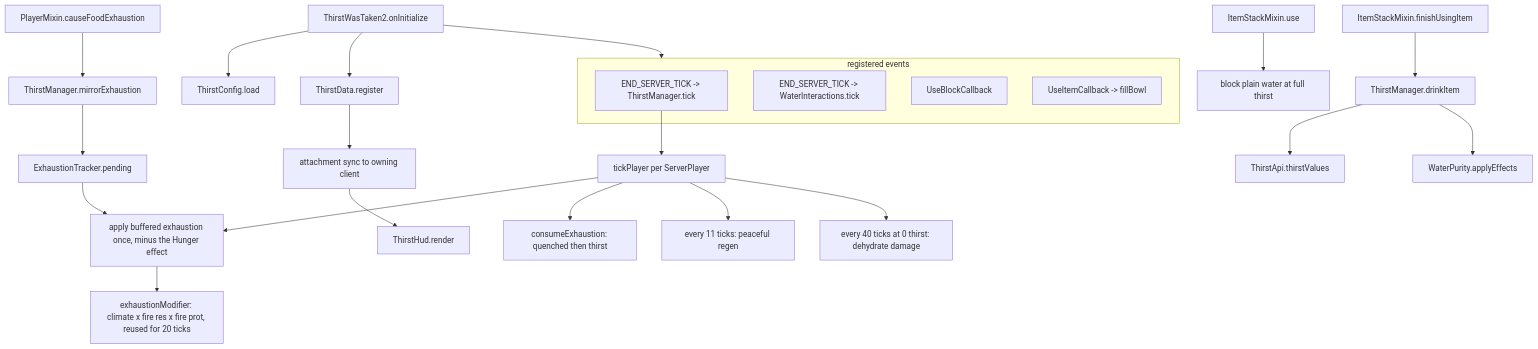
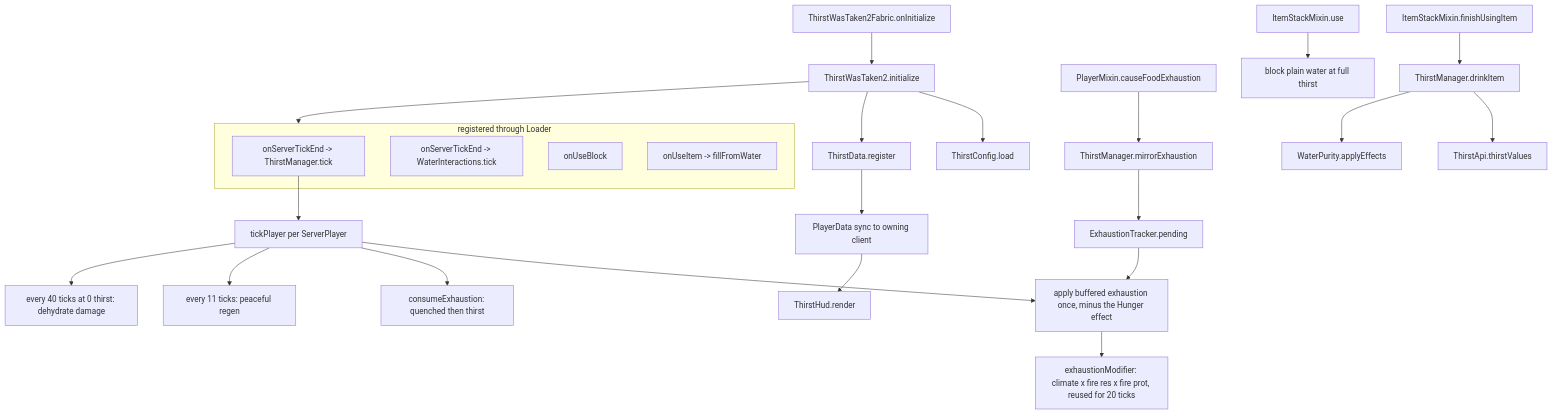
The diagram in AGENTS.md (Nighterezi/ThirstWasTaken2), drawn with Mermaid before and after one commit. The commit also changed other lines of this file and 31 other files, not shown here.

````diff
--- a/AGENTS.md
+++ b/AGENTS.md
@@ -178,32 +185,33 @@
 ```mermaid
 flowchart TD
-    Init[ThirstWasTaken2.onInitialize] --> Cfg[ThirstConfig.load]
+    Entry[ThirstWasTaken2Fabric.onInitialize] --> Init[ThirstWasTaken2.initialize]
+    Init --> Cfg[ThirstConfig.load]
     Init --> Attach[ThirstData.register]
     Init --> Events
 
-    subgraph Events [registered events]
-      Tick[END_SERVER_TICK -> ThirstManager.tick]
-      Flush[END_SERVER_TICK -> WaterInteractions.tick]
-      UseBlock[UseBlockCallback]
-      UseItem[UseItemCallback -> fillBowl]
+    subgraph Events [registered through Loader]
+      Tick[onServerTickEnd -> ThirstManager.tick]
+      Flush[onServerTickEnd -> WaterInteractions.tick]
+      UseBlock[onUseBlock]
+      UseItem[onUseItem -> fillFromWater]
     end
 
     Tick --> TickPlayer[tickPlayer per ServerPlayer]
     TickPlayer --> Apply[apply buffered exhaustion once, minus the Hunger effect]
     TickPlayer --> Consume[consumeExhaustion: quenched then thirst]
     TickPlayer --> Slow[every 11 ticks: peaceful regen]
     TickPlayer --> Dmg[every 40 ticks at 0 thirst: dehydrate damage]
 
     Exh[PlayerMixin.causeFoodExhaustion] --> Mirror[ThirstManager.mirrorExhaustion]
     Mirror --> Pending[ExhaustionTracker.pending]
     Pending --> Apply
     Apply --> Mod[exhaustionModifier: climate x fire res x fire prot, reused for 20 ticks]
 
     UseDrink[ItemStackMixin.use] --> FullGuard[block plain water at full thirst]
     Eat[ItemStackMixin.finishUsingItem] --> DrinkItem[ThirstManager.drinkItem]
     DrinkItem --> Api[ThirstApi.thirstValues]
     DrinkItem --> Effects[WaterPurity.applyEffects]
 
-    Attach --> Sync[attachment sync to owning client]
+    Attach --> Sync[PlayerData sync to owning client]
     Sync --> Hud[ThirstHud.render]
 ```
````
